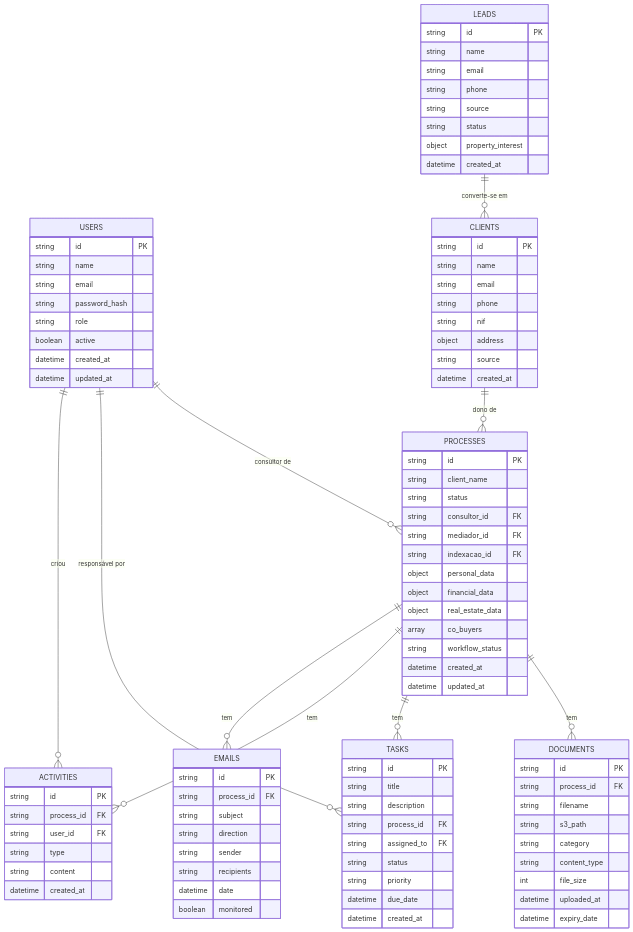
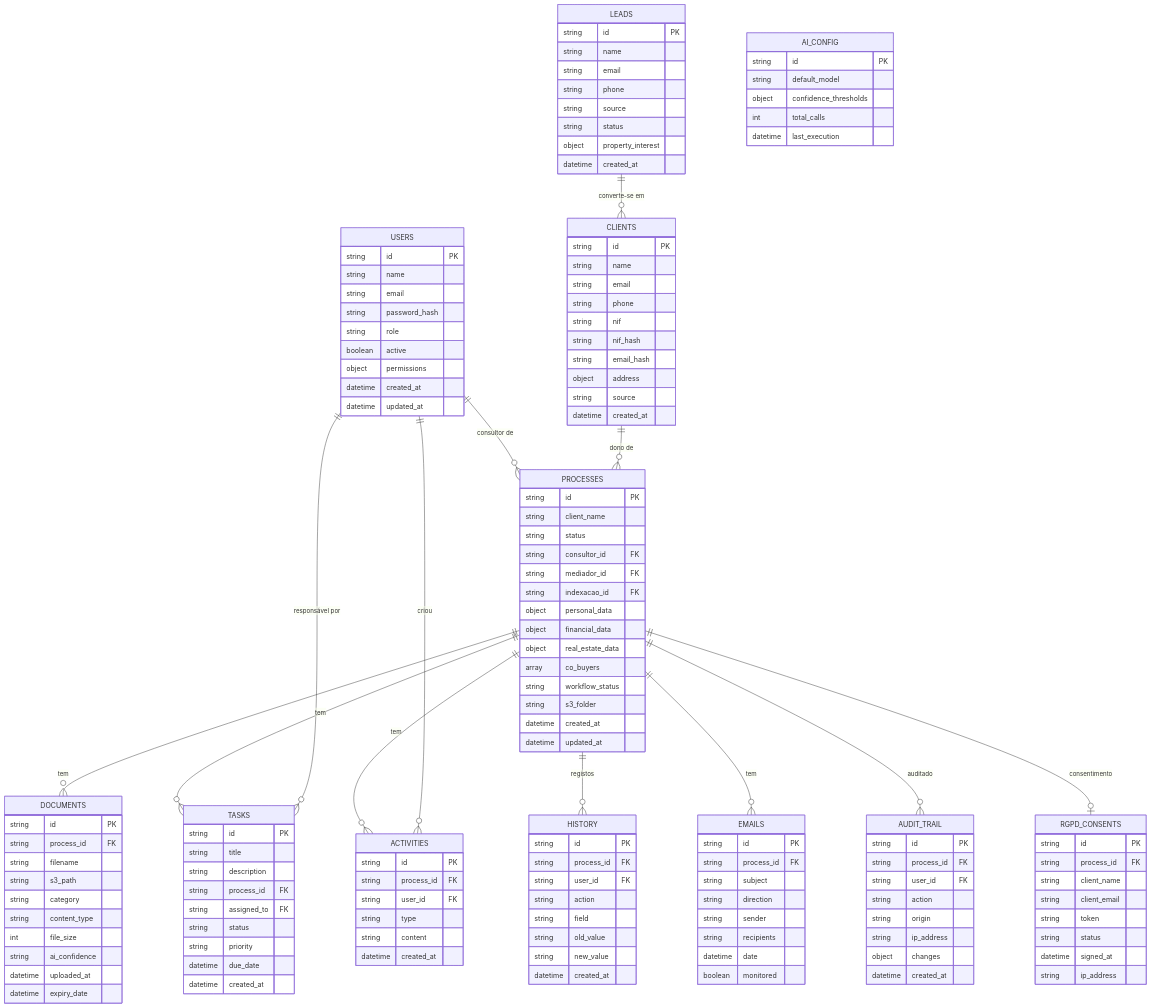
One commit to PowerPrecision/PowerCell changed the fourth of 5 diagrams in ARCHITECTURE.md. Above: the diagram before and after it, drawn with Mermaid. The commit also changed other lines of this file and 4 other files, not shown here.

First line of the commit message:
docs: update README, CHANGELOG, worklog and ARCHITECTURE with latest features and fixes

```diff
--- a/ARCHITECTURE.md
+++ b/ARCHITECTURE.md
@@ -292,6 +307,7 @@
         string password_hash
         string role
         boolean active
+        object permissions
         datetime created_at
         datetime updated_at
     }
@@ -308,6 +324,7 @@
         object real_estate_data
         array co_buyers
         string workflow_status
+        string s3_folder
         datetime created_at
         datetime updated_at
     }
@@ -320,6 +337,7 @@
         string category
         string content_type
         int file_size
+        string ai_confidence
         datetime uploaded_at
         datetime expiry_date
     }
@@ -342,6 +360,8 @@
         string email
         string phone
         string nif
+        string nif_hash
+        string email_hash
         object address
         string source
         datetime created_at
@@ -367,6 +387,39 @@
         datetime created_at
     }
 
+    HISTORY {
+        string id PK
+        string process_id FK
+        string user_id FK
+        string action
+        string field
+        string old_value
+        string new_value
+        datetime created_at
+    }
+
+    AUDIT_TRAIL {
+        string id PK
+        string process_id FK
+        string user_id FK
+        string action
+        string origin
+        string ip_address
+        object changes
+        datetime created_at
+    }
+
+    RGPD_CONSENTS {
+        string id PK
+        string process_id FK
+        string client_name
+        string client_email
+        string token
+        string status
+        datetime signed_at
+        string ip_address
+    }
+
     EMAILS {
         string id PK
         string process_id FK
@@ -378,10 +431,21 @@
         boolean monitored
     }
 
+    AI_CONFIG {
+        string id PK
+        string default_model
+        object confidence_thresholds
+        int total_calls
+        datetime last_execution
+    }
+
     PROCESSES ||--o{ DOCUMENTS : "tem"
     PROCESSES ||--o{ TASKS : "tem"
     PROCESSES ||--o{ ACTIVITIES : "tem"
+    PROCESSES ||--o{ HISTORY : "registos"
     PROCESSES ||--o{ EMAILS : "tem"
+    PROCESSES ||--o{ AUDIT_TRAIL : "auditado"
+    PROCESSES ||--o| RGPD_CONSENTS : "consentimento"
     USERS ||--o{ PROCESSES : "consultor de"
     USERS ||--o{ TASKS : "responsável por"
     USERS ||--o{ ACTIVITIES : "criou"
```
